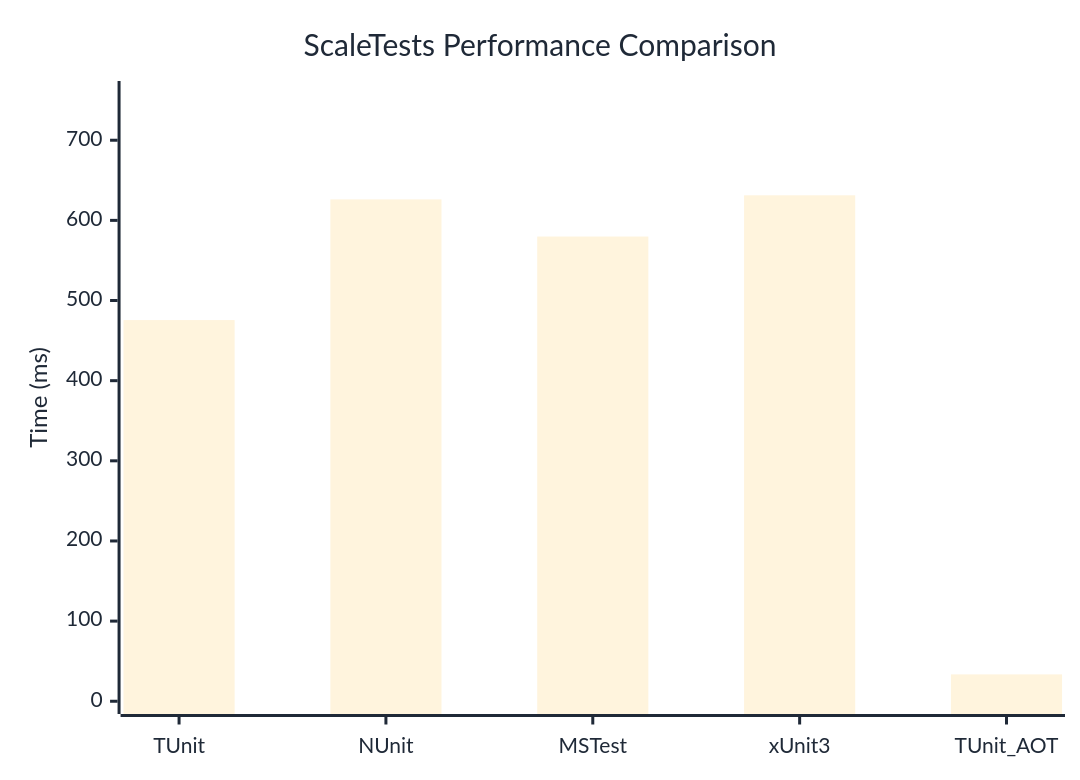
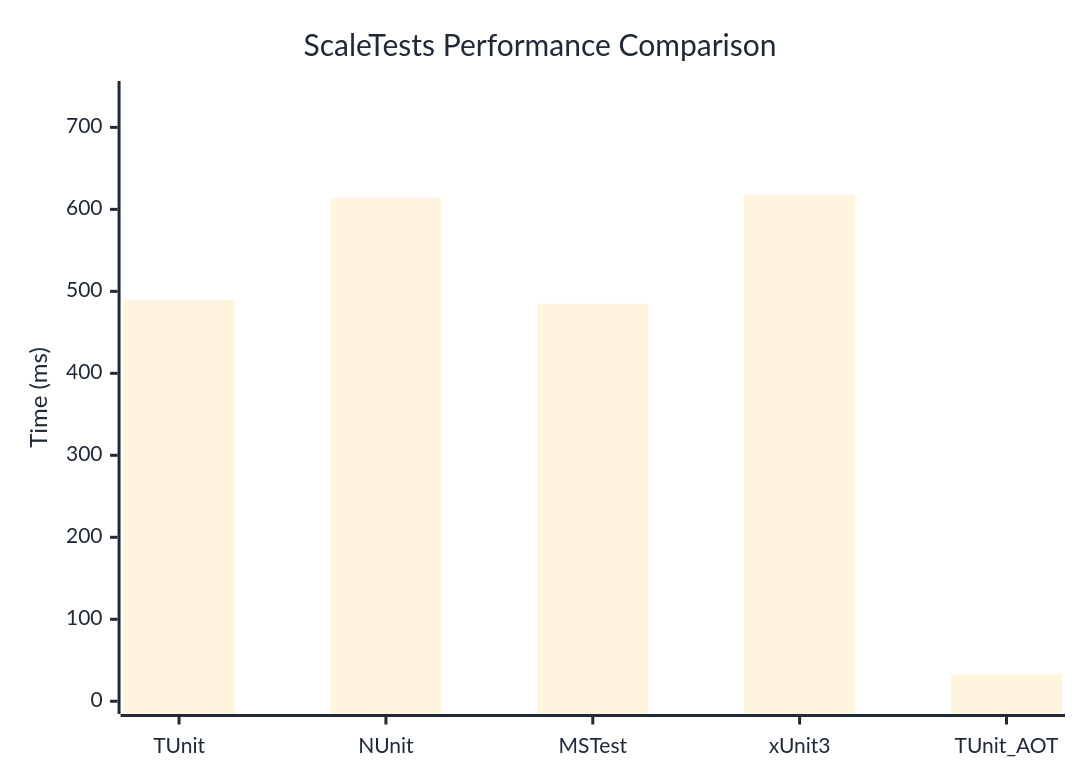
The diagram in docs/docs/benchmarks/ScaleTests.md (thomhurst/TUnit), drawn with Mermaid before and after one commit. The commit also changed other lines of this file and 17 other files, not shown here.

````diff
--- a/docs/docs/benchmarks/ScaleTests.md
+++ b/docs/docs/benchmarks/ScaleTests.md
@@ -27,37 +27,37 @@
 ```mermaid
 %%{init: {
   'theme':'base',
   'themeVariables': {
     'primaryColor': '#2563eb',
     'primaryTextColor': '#1f2937',
     'primaryBorderColor': '#1e40af',
     'lineColor': '#6b7280',
     'secondaryColor': '#7c3aed',
     'tertiaryColor': '#dc2626',
     'background': '#ffffff',
     'mainBkg': '#2563eb',
     'secondBkg': '#7c3aed',
     'tertiaryBkg': '#dc2626',
     'clusterBkg': '#f3f4f6',
     'edgeLabelBackground': '#ffffff',
     'tertiaryTextColor': '#1f2937',
     'pie1': '#2563eb',
     'pie2': '#7c3aed',
     'pie3': '#dc2626',
     'pie4': '#f59e0b',
     'pie5': '#10b981',
     'pie6': '#06b6d4',
     'pie7': '#ec4899',
     'pie8': '#6366f1',
     'pie9': '#84cc16',
     'pie10': '#f97316',
     'pie11': '#14b8a6',
     'pie12': '#a855f7'
   }
 }}%%
 xychart-beta
   title "ScaleTests Performance Comparison"
   x-axis ["TUnit", "NUnit", "MSTest", "xUnit3", "TUnit_AOT"]
-  y-axis "Time (ms)" 0 --> 758
-  bar [475.59, 626.19, 579.84, 631.28, 33.52]
+  y-axis "Time (ms)" 0 --> 741
+  bar [489.33, 613.55, 485.08, 617.35, 32.68]
 ```
````
